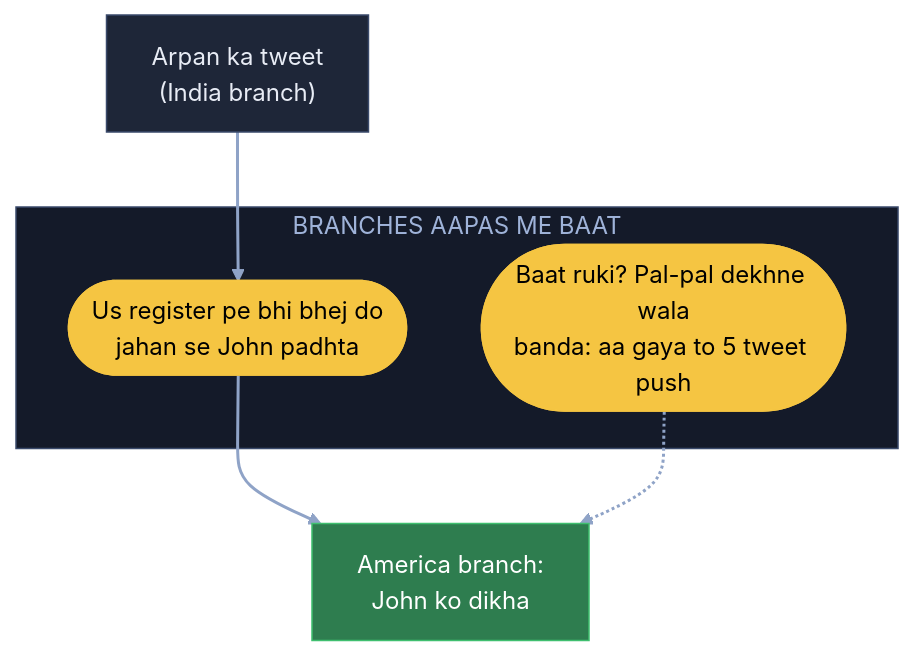
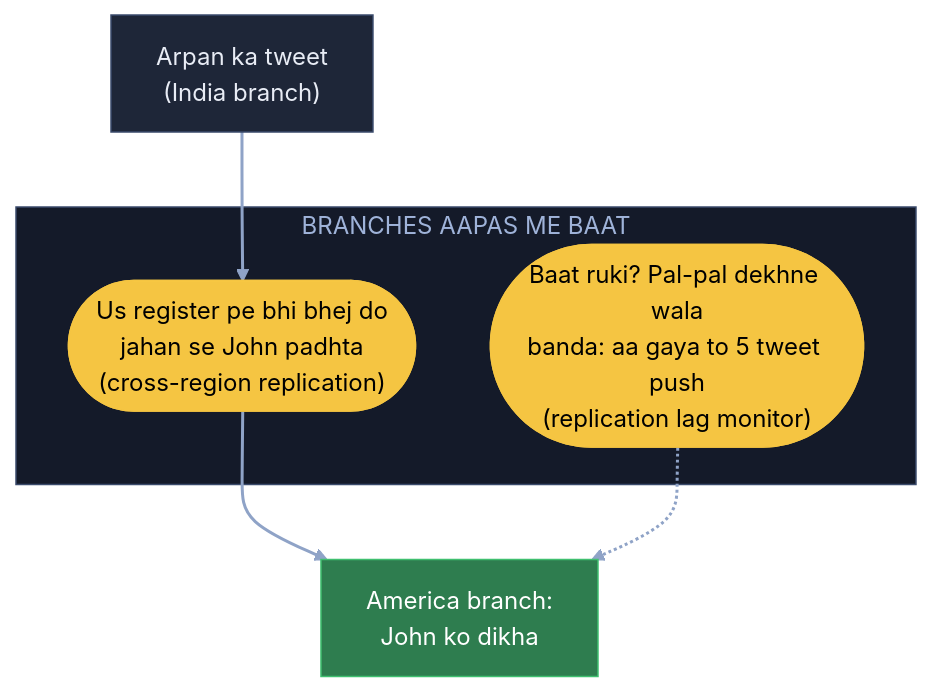
One commit to ArpanMaheshwari144/Prep changed the ninth of 21 diagrams in 04_HLD/SYSTEM_DESIGNS/03_twitter_feed/03_twitter_feed.md. Above: the diagram before and after it, drawn with Mermaid. The commit also changed other lines of this file and 20 other files, not shown here.

Commit message:
HLD main files: diagram me kahani shabd + bracket me asli naam (21 design, 182 label)

````diff
--- a/04_HLD/SYSTEM_DESIGNS/03_twitter_feed/03_twitter_feed.md
+++ b/04_HLD/SYSTEM_DESIGNS/03_twitter_feed/03_twitter_feed.md
@@ -358,18 +358,18 @@
 ```mermaid
 flowchart TB
     A["Arpan ka tweet<br/>(India branch)"]:::card
     subgraph BB["BRANCHES AAPAS ME BAAT"]
-        B(["Us register pe bhi bhej do<br/>jahan se John padhta"]):::pill
-        P(["Baat ruki? Pal-pal dekhne wala<br/>banda: aa gaya to 5 tweet push"]):::pill
+        B(["Us register pe bhi bhej do<br/>jahan se John padhta<br/>(cross-region replication)"]):::pill
+        P(["Baat ruki? Pal-pal dekhne wala<br/>banda: aa gaya to 5 tweet push<br/>(replication lag monitor)"]):::pill
     end
     US["America branch:<br/>John ko dikha"]:::good
     A --> B
     B --> US
     P -.-> US
     linkStyle default stroke:#8fa3c7,stroke-width:2px
     classDef card fill:#1e2638,stroke:#3a4a6b,color:#e8ecf5
     classDef pill fill:#f5c542,stroke:#f5c542,color:#000
     classDef good fill:#2e7d4f,stroke:#3fbf6f,color:#fff
     classDef bad fill:#5c1f24,stroke:#e05561,color:#fff
     style BB fill:#141a29,stroke:#3a4a6b,color:#9fb3d9
 ```
````
